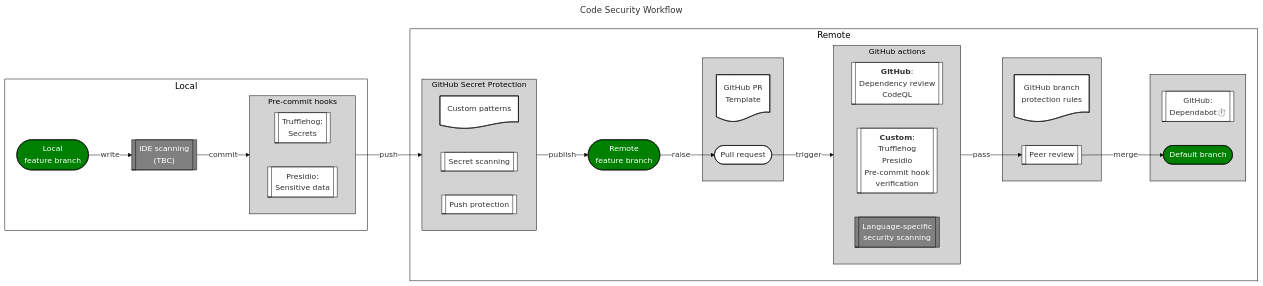
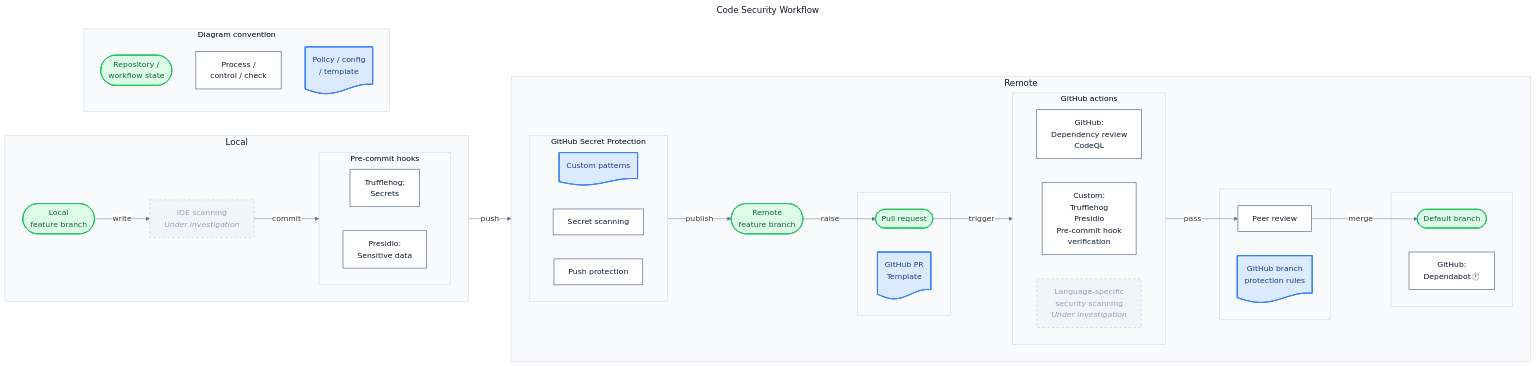
Before and after one commit to sumau/.github: the diagram in assets/code_sec_workflow.md, drawn with Mermaid.

Commit message:
update code sec diagram

````diff
--- a/assets/code_sec_workflow.md
+++ b/assets/code_sec_workflow.md
@@ -4,70 +4,94 @@
 config:
   theme: 'base'
   themeVariables:
-    primaryColor: 'white'
-    primaryBorderColor: 'black'
-    clusterBkg: 'lightgrey'
-    clusterBorder: 'black'
+    primaryColor: '#ffffff'
+    primaryBorderColor: '#334155'
+    clusterBkg: '#f8fafc'
+    clusterBorder: '#cbd5e1'
+    lineColor: '#64748b'
+    textColor: '#0f172a'
 ---
 flowchart LR
- subgraph PCH["Pre-commit hooks"]
+
+ subgraph preCommitHooks["Pre-commit hooks"]
       direction LR
-        C[["Trufflehog: <br> Secrets"]]
-        D[["Presidio: <br> Sensitive data"]]
-  end
- subgraph GHA["GitHub actions"]
-    direction LR
-        n4[["`**GitHub**: <br> Dependency review <br> CodeQL`"]]
-        n6[["`**Custom**: <br>Trufflehog <br> Presidio <br> Pre-commit hook <br>verification`"]]
-        n14[["Language-specific <br>security scanning"]]
-  end
- subgraph local["Local"]
-        A(["Local <br>feature branch"])
-        B[["IDE scanning <br> (TBC)"]]
-        PCH
-        
-  end
- subgraph remote["Remote"]
-        GHS["GHS"]
-        n3(["Remote <br> feature branch"])
-        s5["s5"]
-        GHA
-        s6["s6"]
-        s7["s7"]
-  end
- subgraph s5[" "]
-        n15@{ shape: doc, label: "GitHub PR <br>Template"}
-        n9(["Pull request"])
-  end
- subgraph s6[" "]
-        n11@{ shape: doc, label: "GitHub branch <br>protection rules"}
-        n10[["Peer review"]]
-  end
- subgraph s7[" "]
-        n13[["GitHub: <br>Dependabot⏱️"]]
-        n12(["Default branch"])
-  end
- subgraph GHS["GitHub Secret Protection"]
-      direction LR
-        custom@{ shape: doc, label: "Custom patterns"}
-        n2[["Secret scanning"]]
-        push[["Push protection"]]
+        trufflehogHook["Trufflehog:<br>Secrets"]
+        presidioHook["Presidio:<br>Sensitive data"]
   end
 
-    A -- write --> B
-    B -- commit --> PCH
-    PCH -- push --> GHS
-    GHS --publish--> n3
-    n3 -- raise --> n9
-    n9 --trigger--> GHA
-    GHA --pass--> n10
-    n10 -- merge --> n12
-    
+ subgraph githubActions["GitHub actions"]
+    direction LR
+        githubNativeSecurityChecks["GitHub:<br>Dependency review<br>CodeQL"]
+        customSecurityValidation["Custom:<br>Trufflehog<br>Presidio<br>Pre-commit hook<br>verification"]
+        sastScan["Language-specific<br>security scanning<br><em>Under investigation</em>"]
+  end
 
-    classDef BiggerTitle font-size:18px,fill:white;
+ subgraph local["Local"]
+      direction LR
+        localFeatureBranch(["Local<br>feature branch"])
+        ideSecurityScan["IDE scanning<br><em>Under investigation</em>"]
+        preCommitHooks
+  end
+
+ subgraph remote["Remote"]
+      direction LR
+        githubSecretProtection
+        remoteFeatureBranch(["Remote<br>feature branch"])
+        pullRequestStage
+        githubActions
+        reviewStage
+        defaultBranchStage
+  end
+
+ subgraph pullRequestStage[" "]
+        prTemplate@{ shape: doc, label: "GitHub PR<br>Template" }
+        pullRequest(["Pull request"])
+  end
+
+ subgraph reviewStage[" "]
+        branchProtectionRules@{ shape: doc, label: "GitHub branch<br>protection rules" }
+        peerReview["Peer review"]
+  end
+
+ subgraph defaultBranchStage[" "]
+        dependabot["GitHub:<br>Dependabot⏱️"]
+        defaultBranch(["Default branch"])
+  end
+
+ subgraph githubSecretProtection["GitHub Secret Protection"]
+      direction LR
+        customSecretPatterns@{ shape: doc, label: "Custom patterns" }
+        secretDetection["Secret scanning"]
+        secretPushProtection["Push protection"]
+  end
+
+ subgraph convention["Diagram convention"]
+        conventionState(["Repository / <br>workflow state"])
+        conventionProcess["Process / <br> control / check"]
+        conventionDocument@{ shape: doc, label: "Policy / config <br>/ template" }
+  end
+
+    localFeatureBranch -- write --> ideSecurityScan
+    ideSecurityScan -- commit --> preCommitHooks
+    local -- push --> remote
+    githubSecretProtection -- publish --> remoteFeatureBranch
+    remoteFeatureBranch -- raise --> pullRequest
+    pullRequest -- trigger --> githubActions
+    githubActions -- pass --> peerReview
+    peerReview -- merge --> defaultBranch
+
+    classDef BiggerTitle font-size:18px,fill:#f8fafc,color:#0f172a,stroke:#cbd5e1;
     class remote,local BiggerTitle;
-    classDef Green fill:green, color:white, stroke:black;
-    class A,n3,n12 Green;
-    classDef Grey fill:grey, color:white, stroke:black;
-    class n14,B Grey;
+
+    classDef RepositoryState fill:#dcfce7,color:#166534,stroke:#22c55e,stroke-width:2px;
+    class localFeatureBranch,remoteFeatureBranch,pullRequest,defaultBranch,conventionState RepositoryState;
+
+    classDef Process fill:#ffffff,color:#0f172a,stroke:#64748b,stroke-width:1.5px;
+    class trufflehogHook,presidioHook,githubNativeSecurityChecks,customSecurityValidation,peerReview,dependabot,secretDetection,secretPushProtection,conventionProcess Process;
+
+    classDef Investigation fill:#f1f5f9,color:#94a3b8,stroke:#cbd5e1,stroke-width:1.5px,stroke-dasharray: 5 5;
+    class sastScan,ideSecurityScan Investigation;
+
+    classDef Document fill:#dbeafe,color:#1e3a8a,stroke:#3b82f6,stroke-width:2px;
+    class prTemplate,branchProtectionRules,customSecretPatterns,conventionDocument Document;
 ```
````
